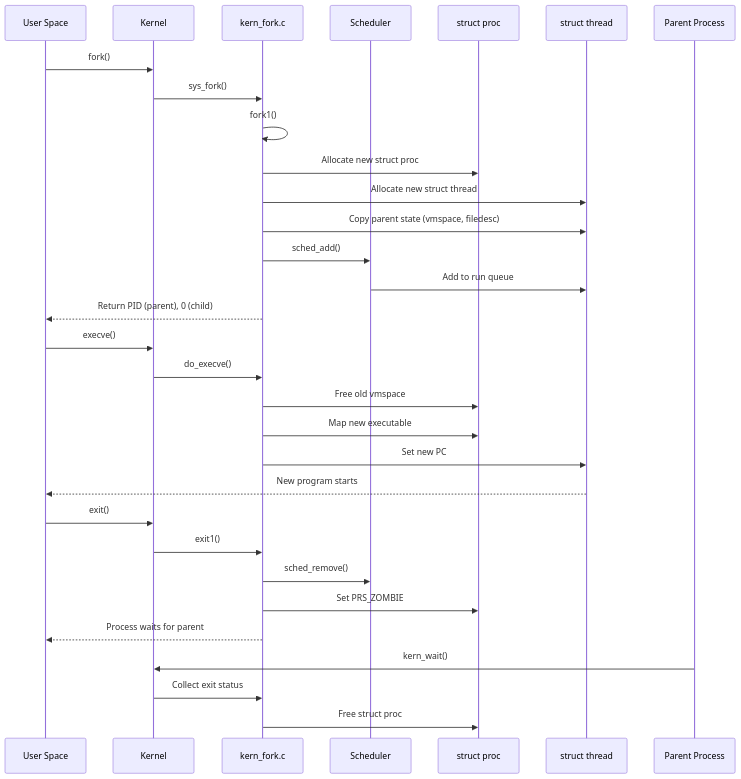
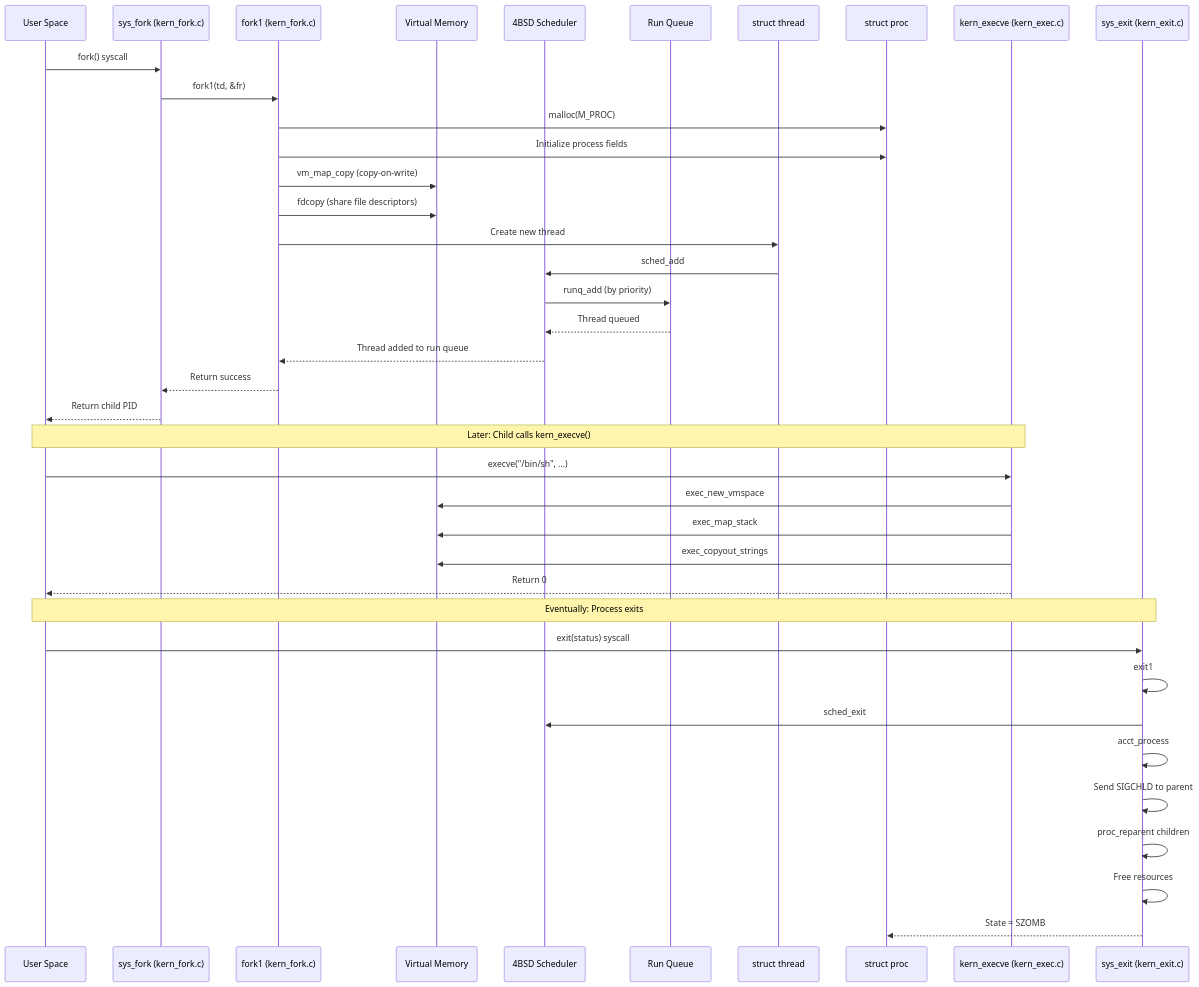
Before and after one commit to ocochard/freebsd-src: the diagram in sys/kern/README_process.md, drawn with Mermaid. The commit also changed other lines of this file and 25 other files, not shown here.

````diff
--- a/sys/kern/README_process.md
+++ b/sys/kern/README_process.md
@@ -129,36 +253,44 @@
 ```mermaid
 sequenceDiagram
     participant User as User Space
-    participant Kernel as Kernel
-    participant Fork as kern_fork.c
-    participant Sched as Scheduler
+    participant Fork as sys_fork (kern_fork.c)
+    participant Fork1 as fork1 (kern_fork.c)
+    participant VM as Virtual Memory
+    participant Sched as 4BSD Scheduler
+    participant Runq as Run Queue
+    participant Thread as struct thread
     participant Proc as struct proc
-    participant Thread as struct thread
-    participant Parent as Parent Process
+    participant Exec as kern_execve (kern_exec.c)
+    participant Exit as sys_exit (kern_exit.c)
 
-    User->>Kernel: fork()
-    Kernel->>Fork: sys_fork()
-    Fork->>Fork: fork1()
-    Fork->>Proc: Allocate new struct proc
-    Fork->>Thread: Allocate new struct thread
-    Fork->>Thread: Copy parent state (vmspace, filedesc)
-    Fork->>Sched: sched_add()
-    Sched->>Thread: Add to run queue
-    Fork-->>User: Return PID (parent), 0 (child)
+    User->>Fork: fork() syscall
+    Fork->>Fork1: fork1(td, &fr)
+    Fork1->>Proc: malloc(M_PROC)
+    Fork1->>Proc: Initialize process fields
+    Fork1->>VM: vm_map_copy (copy-on-write)
+    Fork1->>VM: fdcopy (share file descriptors)
+    Fork1->>Thread: Create new thread
+    Thread->>Sched: sched_add
+    Sched->>Runq: runq_add (by priority)
+    Runq-->>Sched: Thread queued
+    Sched-->>Fork1: Thread added to run queue
+    Fork1-->>Fork: Return success
+    Fork-->>User: Return child PID
 
-    User->>Kernel: execve()
-    Kernel->>Fork: do_execve()
-    Fork->>Proc: Free old vmspace
-    Fork->>Proc: Map new executable
-    Fork->>Thread: Set new PC
-    Thread-->>User: New program starts
+    Note over User,Exec: Later: Child calls kern_execve()
+    User->>Exec: execve("/bin/sh", ...)
+    Exec->>VM: exec_new_vmspace
+    Exec->>VM: exec_map_stack
+    Exec->>VM: exec_copyout_strings
+    Exec-->>User: Return 0
 
-    User->>Kernel: exit()
-    Kernel->>Fork: exit1()
-    Fork->>Sched: sched_remove()
-    Fork->>Proc: Set PRS_ZOMBIE
-    Fork-->>User: Process waits for parent
-    Parent->>Kernel: kern_wait()
-    Kernel->>Fork: Collect exit status
-    Fork->>Proc: Free struct proc
+    Note over User,Exit: Eventually: Process exits
+    User->>Exit: exit(status) syscall
+    Exit->>Exit: exit1
+    Exit->>Sched: sched_exit
+    Exit->>Exit: acct_process
+    Exit->>Exit: Send SIGCHLD to parent
+    Exit->>Exit: proc_reparent children
+    Exit->>Exit: Free resources
+    Exit-->>Proc: State = SZOMB
 ```
````
